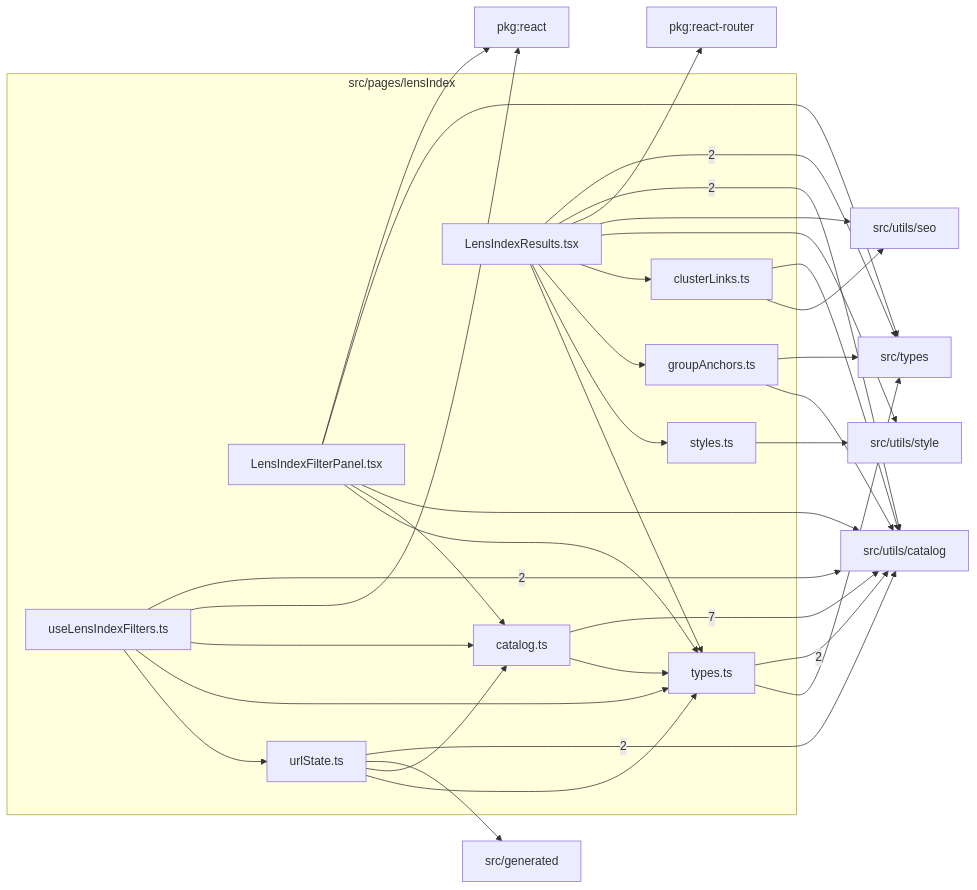
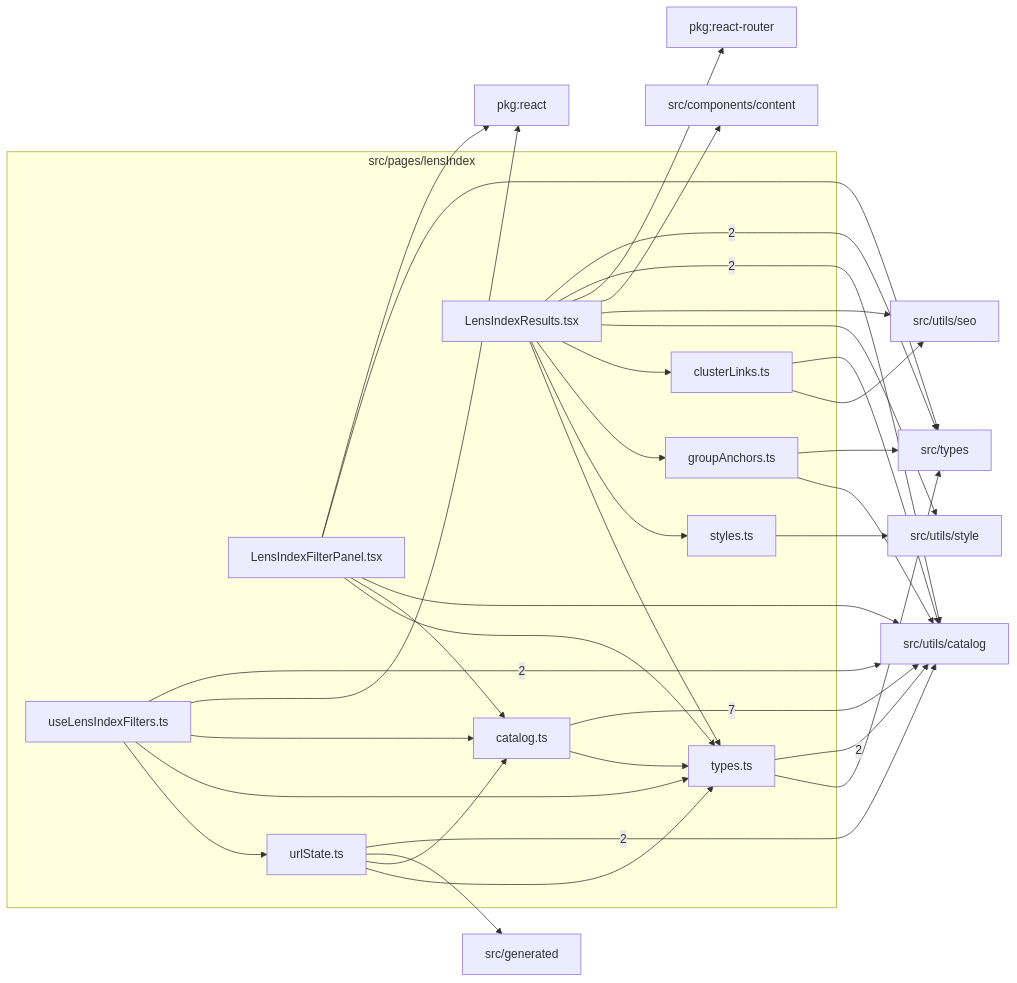
The diagram in src/pages/lensIndex/readme.md (ronbuening/LensVisualizer), drawn with Mermaid before and after one commit. The commit also changed other lines of this file and 7 other files, not shown here.

````diff
--- a/src/pages/lensIndex/readme.md
+++ b/src/pages/lensIndex/readme.md
@@ -9,53 +9,55 @@
 ```mermaid
 flowchart LR
   subgraph n_src_pages_lensIndex["src/pages/lensIndex"]
     n_src_pages_lensIndex_src_pages_lensIndex_catalog_ts["catalog.ts"]
     n_src_pages_lensIndex_src_pages_lensIndex_clusterLinks_ts["clusterLinks.ts"]
     n_src_pages_lensIndex_src_pages_lensIndex_groupAnchors_ts["groupAnchors.ts"]
     n_src_pages_lensIndex_src_pages_lensIndex_LensIndexFilterPanel_tsx["LensIndexFilterPanel.tsx"]
     n_src_pages_lensIndex_src_pages_lensIndex_LensIndexResults_tsx["LensIndexResults.tsx"]
     n_src_pages_lensIndex_src_pages_lensIndex_styles_ts["styles.ts"]
     n_src_pages_lensIndex_src_pages_lensIndex_types_ts["types.ts"]
     n_src_pages_lensIndex_src_pages_lensIndex_urlState_ts["urlState.ts"]
     n_src_pages_lensIndex_src_pages_lensIndex_useLensIndexFilters_ts["useLensIndexFilters.ts"]
   end
   n_external_src_utils_catalog["src/utils/catalog"]
   n_external_src_types["src/types"]
   n_external_pkg_react["pkg:react"]
   n_external_pkg_react_router["pkg:react-router"]
+  n_external_src_components_content["src/components/content"]
   n_external_src_generated["src/generated"]
   n_external_src_utils_seo["src/utils/seo"]
   n_external_src_utils_style["src/utils/style"]
   n_src_pages_lensIndex_src_pages_lensIndex_catalog_ts --> |7| n_external_src_utils_catalog
   n_src_pages_lensIndex_src_pages_lensIndex_LensIndexResults_tsx --> |2| n_external_src_types
   n_src_pages_lensIndex_src_pages_lensIndex_LensIndexResults_tsx --> |2| n_external_src_utils_catalog
   n_src_pages_lensIndex_src_pages_lensIndex_types_ts --> |2| n_external_src_utils_catalog
   n_src_pages_lensIndex_src_pages_lensIndex_urlState_ts --> |2| n_external_src_utils_catalog
   n_src_pages_lensIndex_src_pages_lensIndex_useLensIndexFilters_ts --> |2| n_external_src_utils_catalog
   n_src_pages_lensIndex_src_pages_lensIndex_LensIndexFilterPanel_tsx --> n_external_pkg_react
   n_src_pages_lensIndex_src_pages_lensIndex_useLensIndexFilters_ts --> n_external_pkg_react
   n_src_pages_lensIndex_src_pages_lensIndex_LensIndexResults_tsx --> n_external_pkg_react_router
+  n_src_pages_lensIndex_src_pages_lensIndex_LensIndexResults_tsx --> n_external_src_components_content
   n_src_pages_lensIndex_src_pages_lensIndex_urlState_ts --> n_external_src_generated
   n_src_pages_lensIndex_src_pages_lensIndex_groupAnchors_ts --> n_external_src_types
   n_src_pages_lensIndex_src_pages_lensIndex_LensIndexFilterPanel_tsx --> n_external_src_types
   n_src_pages_lensIndex_src_pages_lensIndex_types_ts --> n_external_src_types
   n_src_pages_lensIndex_src_pages_lensIndex_clusterLinks_ts --> n_external_src_utils_catalog
   n_src_pages_lensIndex_src_pages_lensIndex_groupAnchors_ts --> n_external_src_utils_catalog
   n_src_pages_lensIndex_src_pages_lensIndex_LensIndexFilterPanel_tsx --> n_external_src_utils_catalog
   n_src_pages_lensIndex_src_pages_lensIndex_clusterLinks_ts --> n_external_src_utils_seo
   n_src_pages_lensIndex_src_pages_lensIndex_LensIndexResults_tsx --> n_external_src_utils_seo
   n_src_pages_lensIndex_src_pages_lensIndex_LensIndexResults_tsx --> n_external_src_utils_style
   n_src_pages_lensIndex_src_pages_lensIndex_styles_ts --> n_external_src_utils_style
   n_src_pages_lensIndex_src_pages_lensIndex_LensIndexFilterPanel_tsx --> n_src_pages_lensIndex_src_pages_lensIndex_catalog_ts
   n_src_pages_lensIndex_src_pages_lensIndex_urlState_ts --> n_src_pages_lensIndex_src_pages_lensIndex_catalog_ts
   n_src_pages_lensIndex_src_pages_lensIndex_useLensIndexFilters_ts --> n_src_pages_lensIndex_src_pages_lensIndex_catalog_ts
   n_src_pages_lensIndex_src_pages_lensIndex_LensIndexResults_tsx --> n_src_pages_lensIndex_src_pages_lensIndex_clusterLinks_ts
   n_src_pages_lensIndex_src_pages_lensIndex_LensIndexResults_tsx --> n_src_pages_lensIndex_src_pages_lensIndex_groupAnchors_ts
   n_src_pages_lensIndex_src_pages_lensIndex_LensIndexResults_tsx --> n_src_pages_lensIndex_src_pages_lensIndex_styles_ts
   n_src_pages_lensIndex_src_pages_lensIndex_catalog_ts --> n_src_pages_lensIndex_src_pages_lensIndex_types_ts
   n_src_pages_lensIndex_src_pages_lensIndex_LensIndexFilterPanel_tsx --> n_src_pages_lensIndex_src_pages_lensIndex_types_ts
   n_src_pages_lensIndex_src_pages_lensIndex_LensIndexResults_tsx --> n_src_pages_lensIndex_src_pages_lensIndex_types_ts
   n_src_pages_lensIndex_src_pages_lensIndex_urlState_ts --> n_src_pages_lensIndex_src_pages_lensIndex_types_ts
   n_src_pages_lensIndex_src_pages_lensIndex_useLensIndexFilters_ts --> n_src_pages_lensIndex_src_pages_lensIndex_types_ts
   n_src_pages_lensIndex_src_pages_lensIndex_useLensIndexFilters_ts --> n_src_pages_lensIndex_src_pages_lensIndex_urlState_ts
 ```
````
